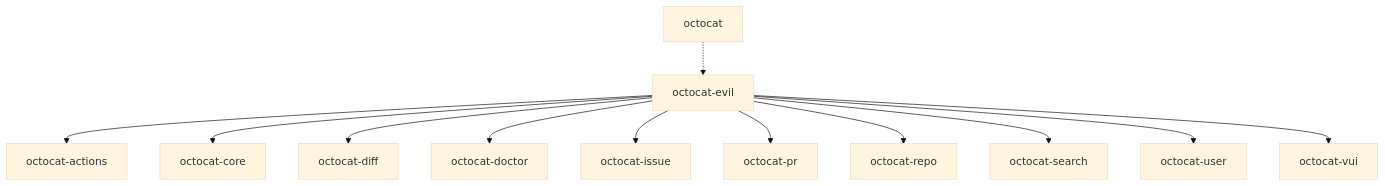
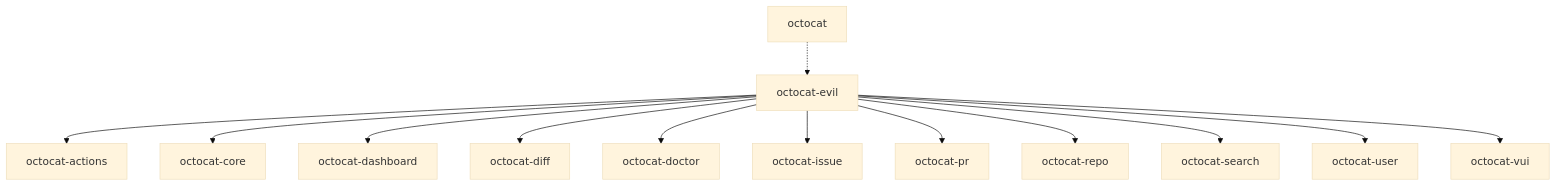
The second of 2 diagrams in docs/architecture.md (razzmatazz/octocat.el), drawn with Mermaid (base theme) before and after one commit. The commit also changed other lines of this file and 6 other files, not shown here.

First line of the commit message:
Move the dashboard out of octocat.el into octocat-dashboard

````diff
--- a/docs/architecture.md
+++ b/docs/architecture.md
@@ -142,26 +151,28 @@
 ```mermaid
 flowchart TD
   octocat_actions[octocat-actions]
   octocat_core[octocat-core]
+  octocat_dashboard[octocat-dashboard]
   octocat_diff[octocat-diff]
   octocat_doctor[octocat-doctor]
   octocat_evil[octocat-evil]
   octocat_issue[octocat-issue]
   octocat_pr[octocat-pr]
   octocat_repo[octocat-repo]
   octocat_search[octocat-search]
   octocat_user[octocat-user]
   octocat_vui[octocat-vui]
   octocat[octocat]
   octocat_evil --> octocat_actions
   octocat_evil --> octocat_core
+  octocat_evil --> octocat_dashboard
   octocat_evil --> octocat_diff
   octocat_evil --> octocat_doctor
   octocat_evil --> octocat_issue
   octocat_evil --> octocat_pr
   octocat_evil --> octocat_repo
   octocat_evil --> octocat_search
   octocat_evil --> octocat_user
   octocat_evil --> octocat_vui
   octocat -.-> octocat_evil
 ```
````
